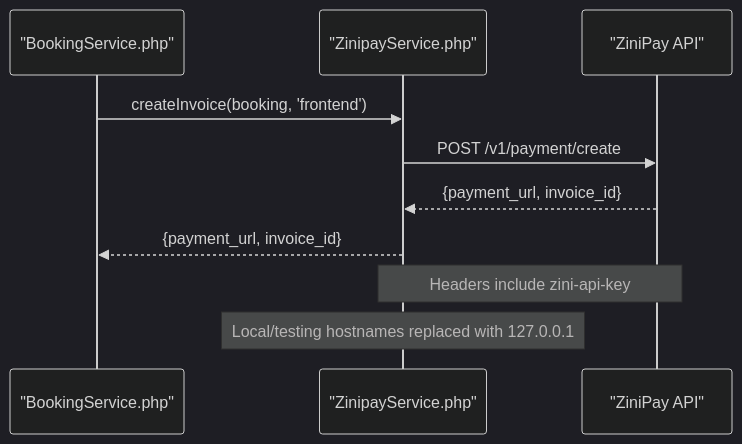
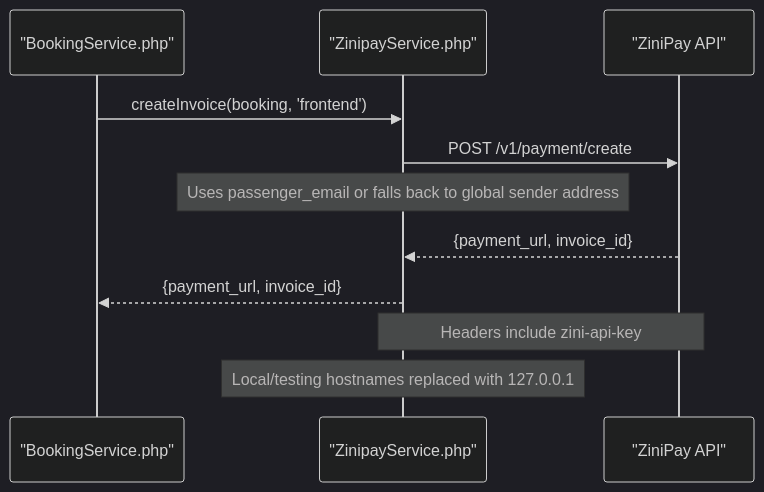
The sixth of 8 diagrams in .qoder/repowiki/en/content/Customer Application/User Workflows/Booking Process/Booking Confirmation & Payment.md (mahbub095/bus-app), drawn with Mermaid (dark theme) before and after one commit. The commit also changed other lines of this file and 165 other files, not shown here.

````diff
--- a/.qoder/repowiki/en/content/Customer Application/User Workflows/Booking Process/Booking Confirmation & Payment.md
+++ b/.qoder/repowiki/en/content/Customer Application/User Workflows/Booking Process/Booking Confirmation & Payment.md
@@ -375,12 +395,13 @@
 ```mermaid
 sequenceDiagram
 participant BS as "BookingService.php"
 participant ZS as "ZinipayService.php"
 participant ZP as "ZiniPay API"
 BS->>ZS : createInvoice(booking, 'frontend')
 ZS->>ZP : POST /v1/payment/create
+Note over ZS : Uses passenger_email or falls back to global sender address
 ZP-->>ZS : {payment_url, invoice_id}
 ZS-->>BS : {payment_url, invoice_id}
 Note over ZS,ZP : Headers include zini-api-key
 Note over ZS : Local/testing hostnames replaced with 127.0.0.1
 ```
````
